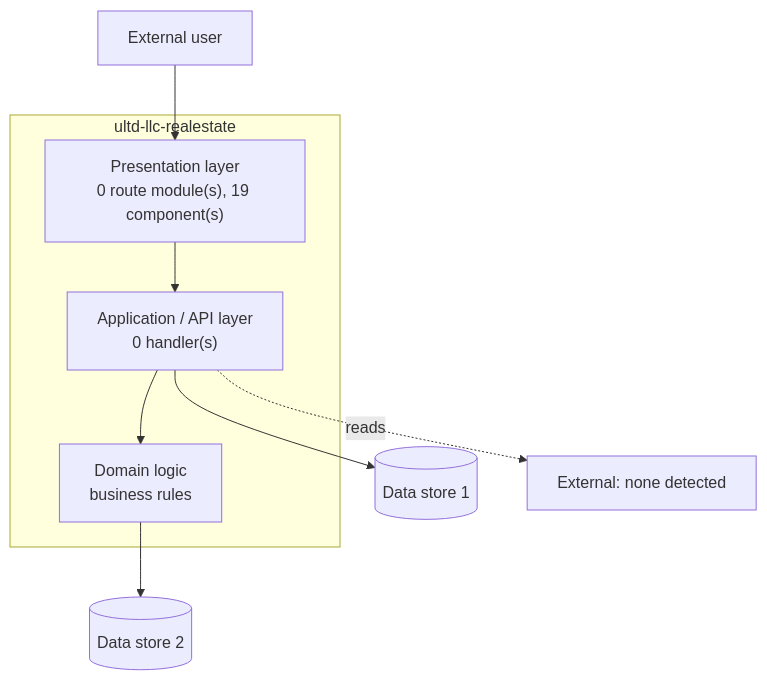
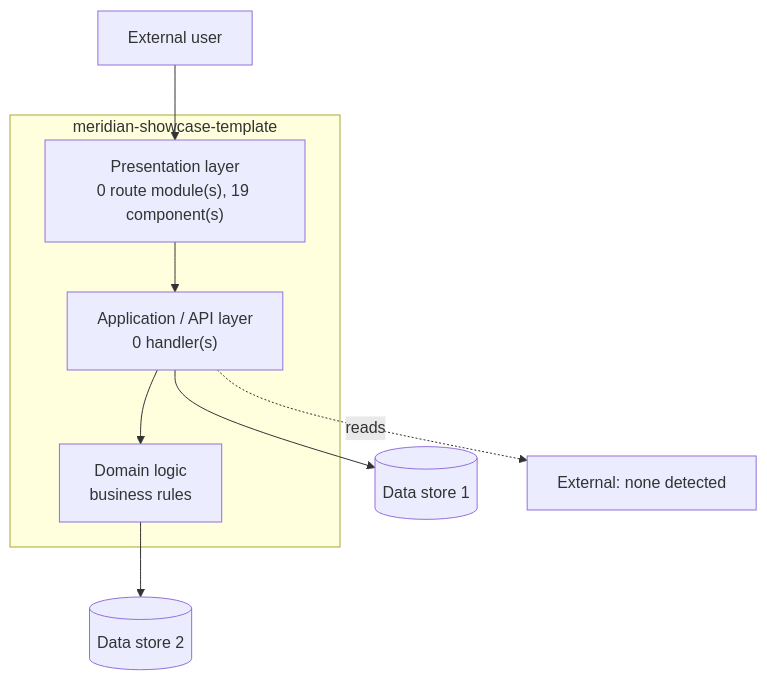
Before and after one commit to mhklogs/meridian-showcase-template: the second of 2 diagrams in documents/04-data-flow-diagram.md, drawn with Mermaid. The commit also changed other lines of this file and 37 other files, not shown here.

````diff
--- a/documents/04-data-flow-diagram.md
+++ b/documents/04-data-flow-diagram.md
@@ -19,15 +19,15 @@
 ```mermaid
 flowchart TD
     U["External user"] --> P1
 
-    subgraph APP ["ultd-llc-realestate"]
+    subgraph APP ["meridian-showcase-template"]
         P1["Presentation layer<br/>0 route module(s), 19 component(s)"]
         P2["Application / API layer<br/>0 handler(s)"]
         P3["Domain logic<br/>business rules"]
         P1 --> P2 --> P3
     end
 
     P2 --> D1[("Data store 1")]
     P3 --> D2[("Data store 2")]
     P2 -.->|"reads"| EXT["External: none detected"]
 ```
````
